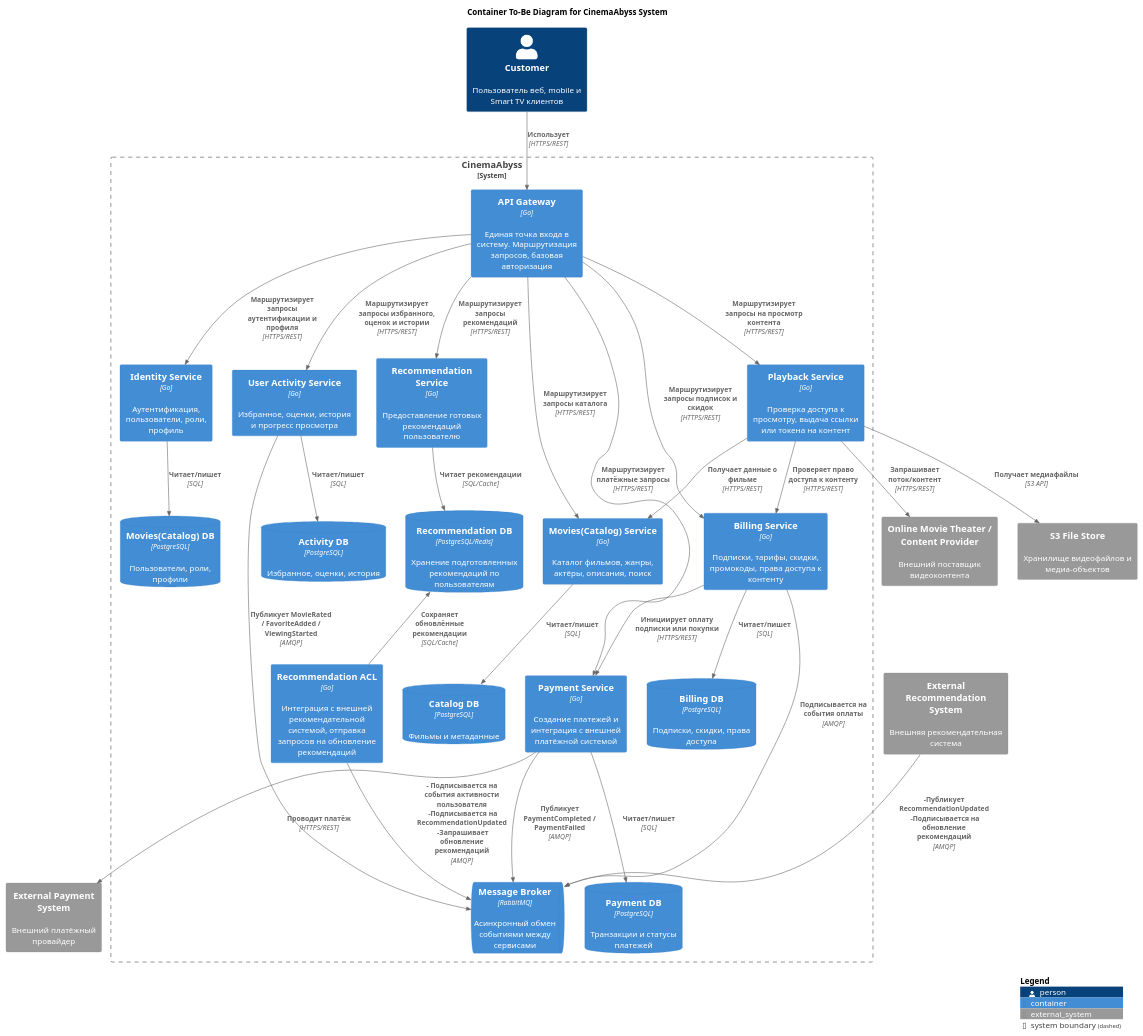
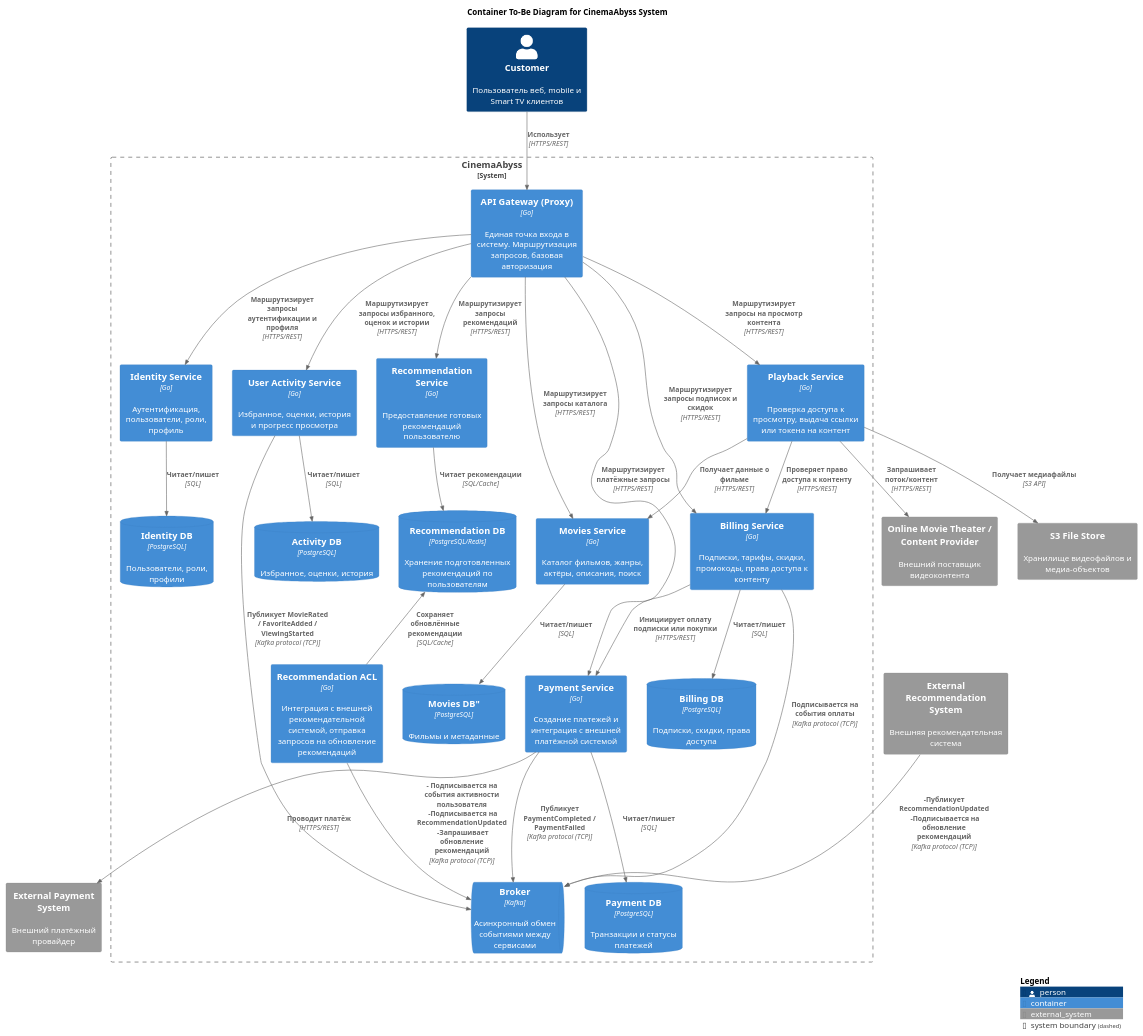
The diagram in arch/container_to_be.puml (Meeluck/architecture-cinemaabyss), drawn with PlantUML before and after one commit. The commit also changed 1 other file, not shown here.

Commit message:
refactor container diagram

```diff
--- a/arch/container_to_be.puml
+++ b/arch/container_to_be.puml
@@ -1,71 +1,71 @@
 @startuml
 !include https://raw.githubusercontent.com/plantuml-stdlib/C4-PlantUML/master/C4_Container.puml
 
 LAYOUT_WITH_LEGEND()
 
 title Container To-Be Diagram for CinemaAbyss System
 
 Person(customer, "Customer", "Пользователь веб, mobile и Smart TV клиентов")
 
 System_Boundary(cinema, "CinemaAbyss") {
-    Container(gw, "API Gateway", "Go", "Единая точка входа в систему. Маршрутизация запросов, базовая авторизация")
+    Container(gw, "API Gateway (Proxy)", "Go", "Единая точка входа в систему. Маршрутизация запросов, базовая авторизация")
     Container(identity, "Identity Service", "Go", "Аутентификация, пользователи, роли, профиль")
-    Container(catalog, "Movies(Catalog) Service", "Go", "Каталог фильмов, жанры, актёры, описания, поиск")
+    Container(movies, "Movies Service", "Go", "Каталог фильмов, жанры, актёры, описания, поиск")
     Container(activity, "User Activity Service", "Go", "Избранное, оценки, история и прогресс просмотра")
     Container(billing, "Billing Service", "Go", "Подписки, тарифы, скидки, промокоды, права доступа к контенту")
     Container(payment, "Payment Service", "Go", "Создание платежей и интеграция с внешней платёжной системой")
     Container(playback, "Playback Service", "Go", "Проверка доступа к просмотру, выдача ссылки или токена на контент")
 
     Container(recoIntegration, "Recommendation ACL", "Go", "Интеграция с внешней рекомендательной системой, отправка запросов на обновление рекомендаций")
     Container(recoStore, "Recommendation Service", "Go", "Предоставление готовых рекомендаций пользователю")
     ContainerDb(recoDb, "Recommendation DB", "PostgreSQL/Redis", "Хранение подготовленных рекомендаций по пользователям")
 
-    ContainerDb(identityDb, "Movies(Catalog) DB", "PostgreSQL", "Пользователи, роли, профили")
-    ContainerDb(catalogDb, "Catalog DB", "PostgreSQL", "Фильмы и метаданные")
+    ContainerDb(identityDb, "Identity DB", "PostgreSQL", "Пользователи, роли, профили")
+    ContainerDb(moviesDb, Movies DB", "PostgreSQL", "Фильмы и метаданные")
     ContainerDb(activityDb, "Activity DB", "PostgreSQL", "Избранное, оценки, история")
     ContainerDb(billingDb, "Billing DB", "PostgreSQL", "Подписки, скидки, права доступа")
     ContainerDb(paymentDb, "Payment DB", "PostgreSQL", "Транзакции и статусы платежей")
 
-    ContainerQueue(broker, "Message Broker", "RabbitMQ", "Асинхронный обмен событиями между сервисами")
+    ContainerQueue(broker, "Broker", "Kafka", "Асинхронный обмен событиями между сервисами")
 }
 
 System_Ext(paymentExt, "External Payment System", "Внешний платёжный провайдер")
 System_Ext(recommendationExt, "External Recommendation System", "Внешняя рекомендательная система")
 System_Ext(contentExt, "Online Movie Theater / Content Provider", "Внешний поставщик видеоконтента")
 System_Ext(objectStore, "S3 File Store", "Хранилище видеофайлов и медиа-объектов")
 
 Rel(customer, gw, "Использует", "HTTPS/REST")
 
 Rel(gw, identity, "Маршрутизирует запросы аутентификации и профиля", "HTTPS/REST")
-Rel(gw, catalog, "Маршрутизирует запросы каталога", "HTTPS/REST")
+Rel(gw, movies, "Маршрутизирует запросы каталога", "HTTPS/REST")
 Rel(gw, activity, "Маршрутизирует запросы избранного, оценок и истории", "HTTPS/REST")
 Rel(gw, billing, "Маршрутизирует запросы подписок и скидок", "HTTPS/REST")
 Rel(gw, payment, "Маршрутизирует платёжные запросы", "HTTPS/REST")
 Rel(gw, playback, "Маршрутизирует запросы на просмотр контента", "HTTPS/REST")
 Rel(gw, recoStore, "Маршрутизирует запросы рекомендаций", "HTTPS/REST")
 
 Rel(identity, identityDb, "Читает/пишет", "SQL")
-Rel(catalog, catalogDb, "Читает/пишет", "SQL")
+Rel(movies, moviesDb, "Читает/пишет", "SQL")
 Rel(activity, activityDb, "Читает/пишет", "SQL")
 Rel(billing, billingDb, "Читает/пишет", "SQL")
 Rel(payment, paymentDb, "Читает/пишет", "SQL")
 Rel(recoStore, recoDb, "Читает рекомендации", "SQL/Cache")
 Rel_Up(recoIntegration, recoDb, "Сохраняет обновлённые рекомендации", "SQL/Cache")
 
 Rel(billing, payment, "Инициирует оплату подписки или покупки", "HTTPS/REST")
 Rel(payment, paymentExt, "Проводит платёж", "HTTPS/REST")
-Rel(payment, broker, "Публикует PaymentCompleted / PaymentFailed", "AMQP")
-Rel(billing, broker, "Подписывается на события оплаты", "AMQP")
+Rel(payment, broker, "Публикует PaymentCompleted / PaymentFailed", "Kafka protocol (TCP)")
+Rel(billing, broker, "Подписывается на события оплаты", "Kafka protocol (TCP)")
 
 Rel(playback, billing, "Проверяет право доступа к контенту", "HTTPS/REST")
-Rel(playback, catalog, "Получает данные о фильме", "HTTPS/REST")
+Rel(playback, movies, "Получает данные о фильме", "HTTPS/REST")
 Rel(playback, contentExt, "Запрашивает поток/контент", "HTTPS/REST")
 Rel(playback, objectStore, "Получает медиафайлы", "S3 API")
 
-Rel(activity, broker, "Публикует MovieRated / FavoriteAdded / ViewingStarted", "AMQP")
-Rel(recoIntegration, broker, "- Подписывается на события активности пользователя\n -Подписывается на RecommendationUpdated \n -Запрашивает обновление рекомендаций", "AMQP")
+Rel(activity, broker, "Публикует MovieRated / FavoriteAdded / ViewingStarted", "Kafka protocol (TCP)")
+Rel(recoIntegration, broker, "- Подписывается на события активности пользователя\n -Подписывается на RecommendationUpdated \n -Запрашивает обновление рекомендаций", "Kafka protocol (TCP)")
 
-Rel(recommendationExt, broker, "-Публикует RecommendationUpdated\n -Подписывается на обновление рекомендаций", "AMQP")
+Rel(recommendationExt, broker, "-Публикует RecommendationUpdated\n -Подписывается на обновление рекомендаций", "Kafka protocol (TCP)")
 
 SHOW_LEGEND()
 @enduml
```
